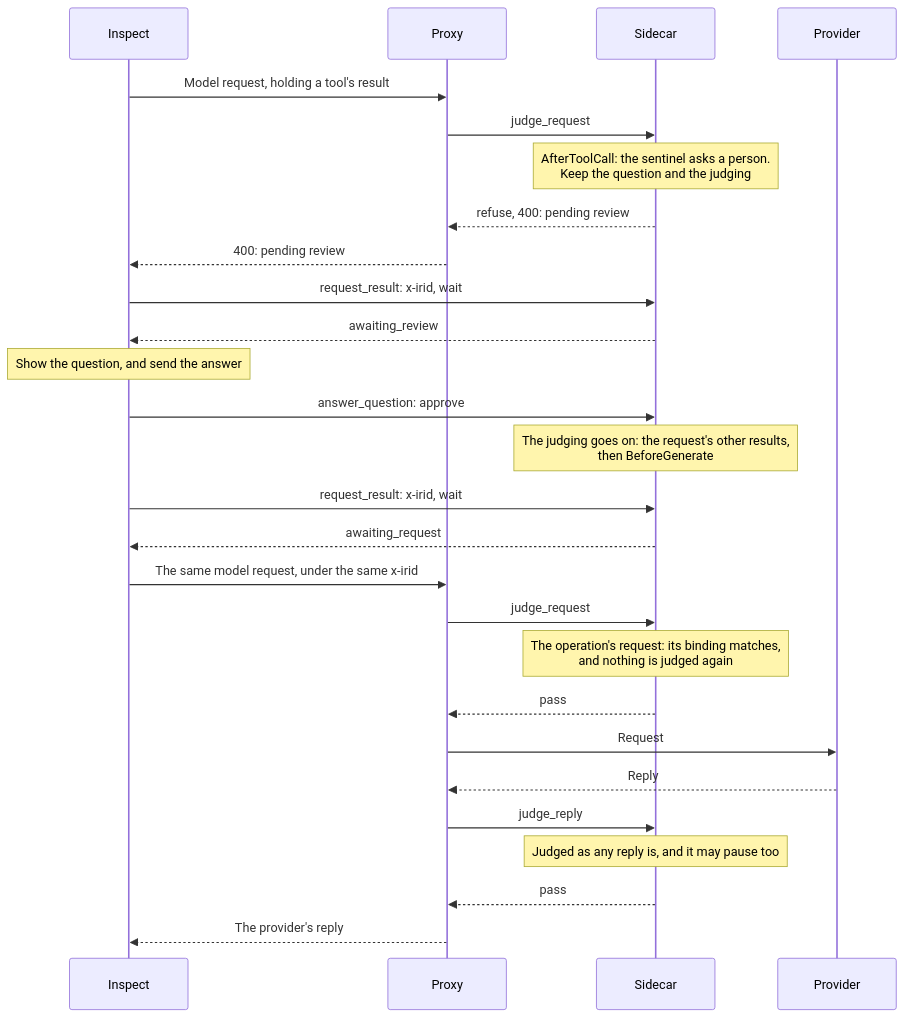
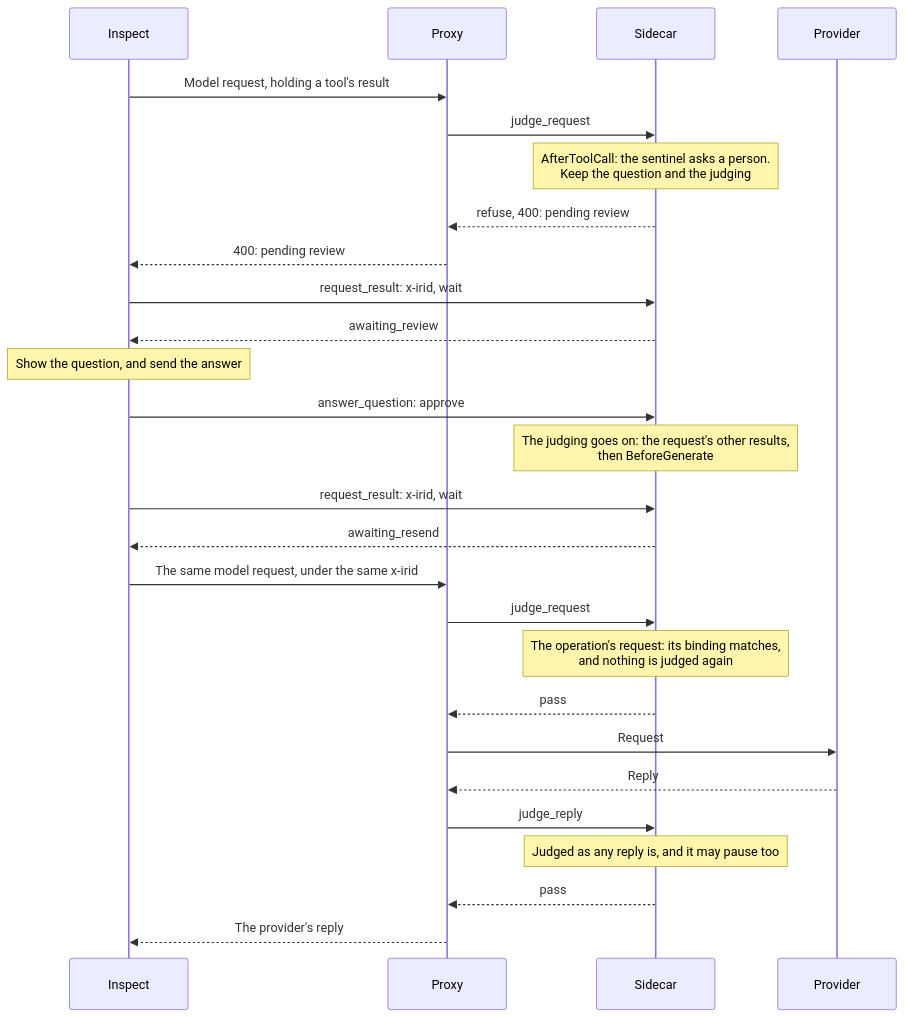
Before and after one commit to meridianlabs-ai/inspect_sentinel: the third of 11 diagrams in design/sidecar.md, drawn with Mermaid. The commit also changed other lines of this file and 7 other files, not shown here.

````diff
--- a/design/sidecar.md
+++ b/design/sidecar.md
@@ -1044,29 +1044,29 @@
 ```mermaid
 sequenceDiagram
     participant I as Inspect
     participant P as Proxy
     participant S as Sidecar
     participant M as Provider
     I->>P: Model request, holding a tool's result
     P->>S: judge_request
     Note over S: AfterToolCall: the sentinel asks a person.<br/>Keep the question and the judging
     S-->>P: refuse, 400: pending review
     P-->>I: 400: pending review
     I->>S: request_result: x-irid, wait
     S-->>I: awaiting_review
     Note over I: Show the question, and send the answer
     I->>S: answer_question: approve
     Note over S: The judging goes on: the request's other results,<br/>then BeforeGenerate
     I->>S: request_result: x-irid, wait
-    S-->>I: awaiting_request
+    S-->>I: awaiting_resend
     I->>P: The same model request, under the same x-irid
     P->>S: judge_request
     Note over S: The operation's request: its binding matches,<br/>and nothing is judged again
     S-->>P: pass
     P->>M: Request
     M-->>P: Reply
     P->>S: judge_reply
     Note over S: Judged as any reply is, and it may pause too
     S-->>P: pass
     P-->>I: The provider's reply
 ```
````
